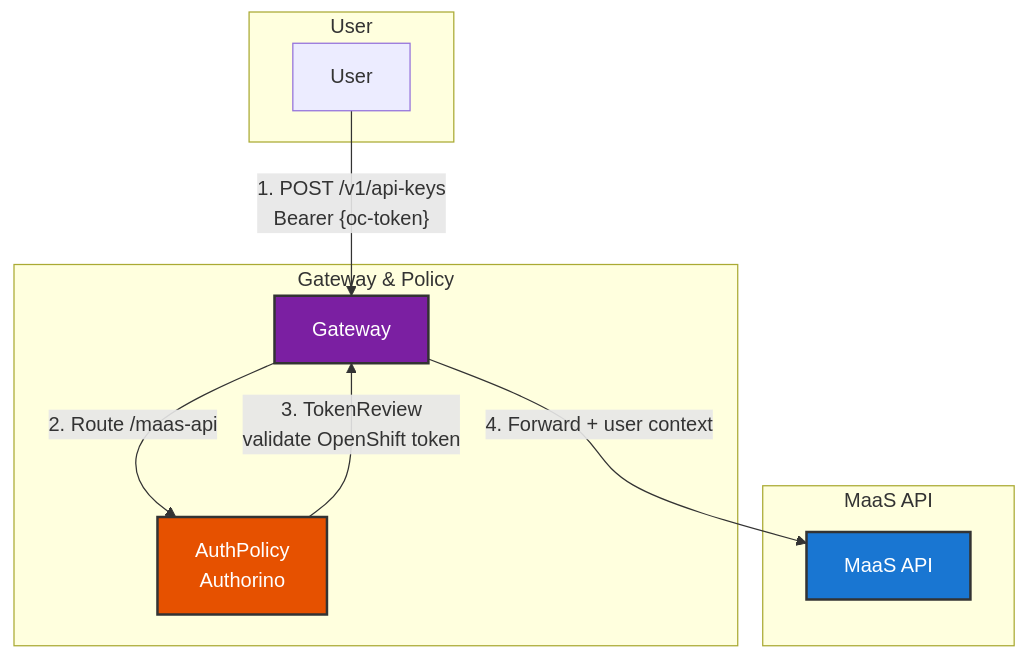
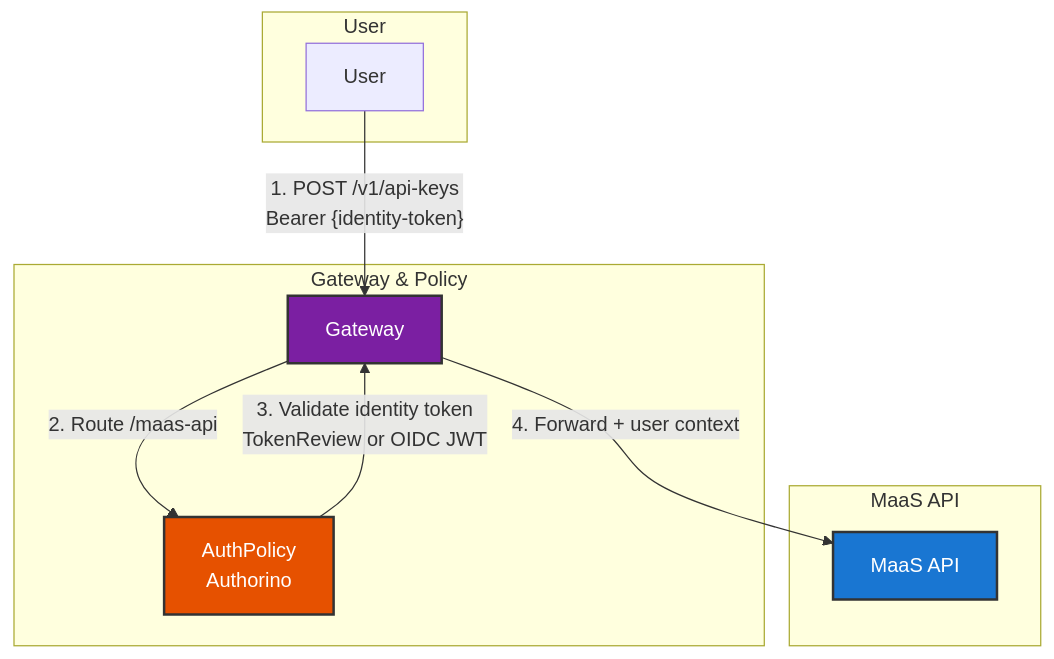
Before and after one commit to SB159/maas-billing: the second of 8 diagrams in docs/content/architecture.md, drawn with Mermaid. The commit also changed other lines of this file and 16 other files, not shown here.

First line of the commit message:
feat: integrating OIDC Authentication with maas API AuthPolicy (#598)

````diff
--- a/docs/content/architecture.md
+++ b/docs/content/architecture.md
@@ -76,24 +76,24 @@
 ```mermaid
 graph TB
     subgraph UserLayer["User"]
         U[User]
     end
     
     subgraph GatewayLayer["Gateway & Policy"]
         G[Gateway]
         AP[AuthPolicy<br/>Authorino]
     end
     
     subgraph KeyMintingLayer["MaaS API"]
         KMS[MaaS API]
     end
     
-    U -->|"1. POST /v1/api-keys<br/>Bearer {oc-token}"| G
+    U -->|"1. POST /v1/api-keys<br/>Bearer {identity-token}"| G
     G -->|"2. Route /maas-api"| AP
-    AP -->|"3. TokenReview<br/>validate OpenShift token"| G
+    AP -->|"3. Validate identity token<br/>TokenReview or OIDC JWT"| G
     G -->|"4. Forward + user context"| KMS
     
     style KMS fill:#1976d2,stroke:#333,stroke-width:2px,color:#fff
     style G fill:#7b1fa2,stroke:#333,stroke-width:2px,color:#fff
     style AP fill:#e65100,stroke:#333,stroke-width:2px,color:#fff
 ```
````
